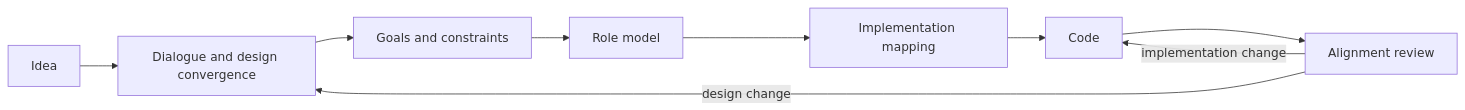
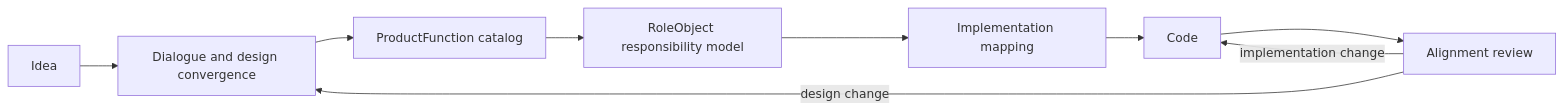
The diagram in README.md (CarterShi01/CoIntent), drawn with Mermaid before and after one commit. The commit also changed other lines of this file and 27 other files, not shown here.

````diff
--- a/README.md
+++ b/README.md
@@ -20,11 +20,11 @@
 ```mermaid
 flowchart LR
     I[Idea] --> D[Dialogue and design convergence]
-    D --> G[Goals and constraints]
-    G --> R[Role model]
+    D --> F[ProductFunction catalog]
+    F --> R[RoleObject responsibility model]
     R --> M[Implementation mapping]
     M --> C[Code]
     C --> A[Alignment review]
     A -->|design change| D
     A -->|implementation change| C
 ```
````
